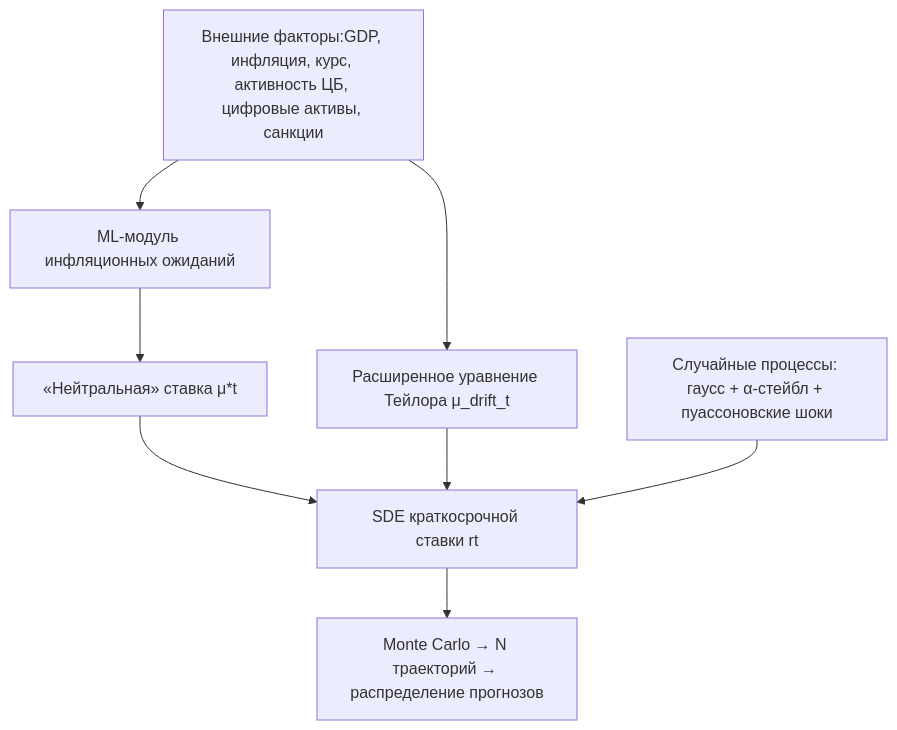
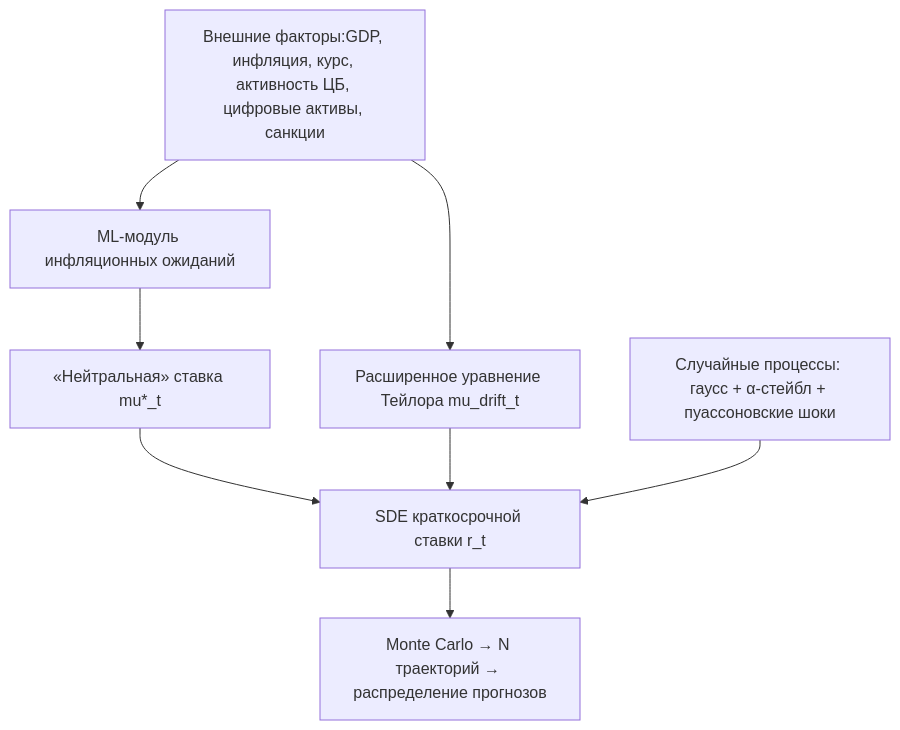
The diagram in README.md (nikserbur/CBModelsStohastic), drawn with Mermaid before and after one commit. The commit also changed other lines of this file, not shown here.

````diff
--- a/README.md
+++ b/README.md
@@ -45,18 +49,18 @@
 ```mermaid
 flowchart TD
   A[Внешние факторы:GDP, инфляция, курс, активность ЦБ, цифровые активы, санкции]
   B[ML-модуль инфляционных ожиданий]
-  C[Расширенное уравнение Тейлора μ_drift_t]
+  C[Расширенное уравнение Тейлора mu_drift_t]
   D[Случайные процессы: гаусс + α‑стейбл + пуассоновские шоки]
-  E[«Нейтральная» ставка μ*t]
-  F[SDE краткосрочной ставки rt]
+  E[«Нейтральная» ставка mu*_t]
+  F[SDE краткосрочной ставки r_t]
   G[Monte Carlo → N траекторий → распределение прогнозов]
 
   A --> C
   A --> B
   B --> E
   E --> F
   C --> F
   D --> F
   F --> G
 ```
````
